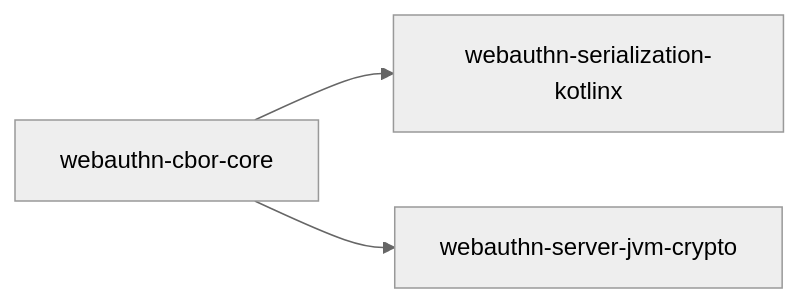
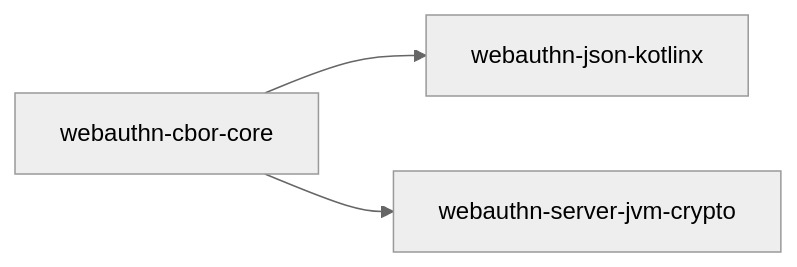
The diagram in core/webauthn-cbor-core/README.md (szijpeter/webauthn-kotlin-multiplatform), drawn with Mermaid (neutral theme) before and after one commit. The commit also changed 40 other files, not shown here.

Commit message:
refactor(json): rename Kotlinx codec artifact

````diff
--- a/core/webauthn-cbor-core/README.md
+++ b/core/webauthn-cbor-core/README.md
@@ -17,5 +17,5 @@
 ```mermaid
 flowchart LR
-    CBOR["webauthn-cbor-core"] --> SERIAL["webauthn-serialization-kotlinx"]
+    CBOR["webauthn-cbor-core"] --> SERIAL["webauthn-json-kotlinx"]
     CBOR --> JVM["webauthn-server-jvm-crypto"]
 ```
````
